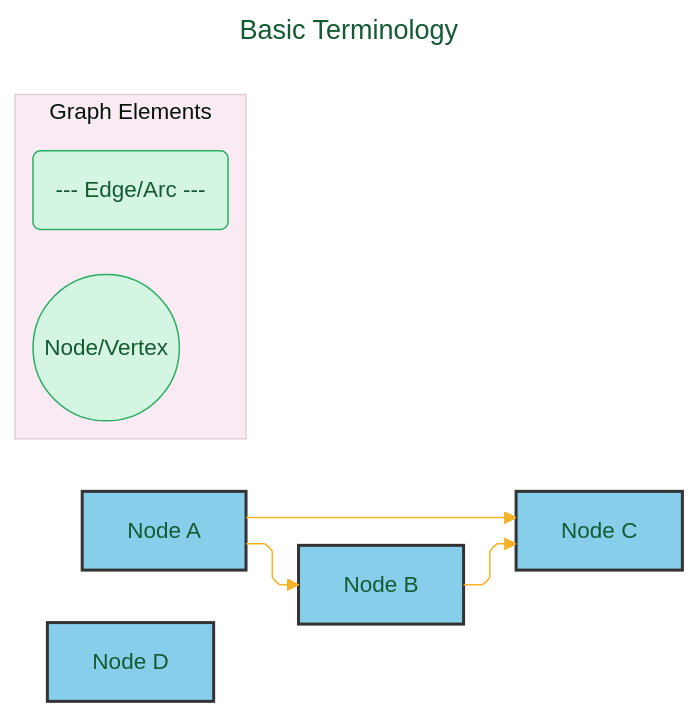
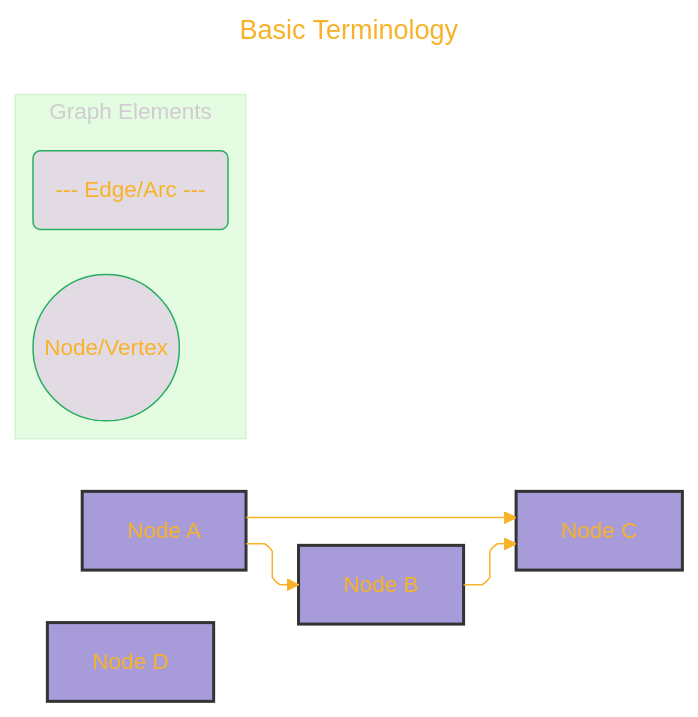
The first of 2 diagrams in regions/DOT_language/landmarks_and_concepts/01_Intro_to_Graphs.md (CongLeSolutionX/The-Language-Atlas), drawn with Mermaid before and after one commit. The commit also changed 10 other files, not shown here.

````diff
--- a/regions/DOT_language/landmarks_and_concepts/01_Intro_to_Graphs.md
+++ b/regions/DOT_language/landmarks_and_concepts/01_Intro_to_Graphs.md
@@ -24,48 +24,48 @@
 ```mermaid
 ---
 title: "Basic Terminology"
 author: "Cong Le"
 version: "1.0"
 license(s): "MIT, CC BY 4.0"
 copyright: "Copyright (c) 2025 Cong Le. All Rights Reserved."
 config:
   layout: elk
   theme: base
 ---
 %%%%%%%% Mermaid version v11.4.1-b.14
 %%%%%%%% Available curve styles include the following keywords:
 %% basis, bumpX, bumpY, cardinal, catmullRom, linear, monotoneX, monotoneY, natural, step, stepAfter, stepBefore.
 %%{
   init: {
     'flowchart': { 'htmlLabels': true, 'curve': 'linear' },
     'fontFamily': 'Monaco',
     'themeVariables': {
-      'primaryColor': '#D5F5E3',
-      'primaryTextColor': '#145A32',
+      'primaryColor': '#D5E3',
+      'primaryTextColor': '#F8B229',
       'lineColor': '#F8B229',
       'primaryBorderColor': '#27AE60',
       'secondaryColor': '#EBDEF0',
       'secondaryTextColor': '#6C3483',
       'secondaryBorderColor': '#A569BD',
       'fontSize': '15px'
     }
   }
 }%%
 graph LR
     A["Node A"] --> B["Node B"]
     B --> C["Node C"]
     A --> C
     D["Node D"]
 
     subgraph Graph_Elements["Graph Elements"]
     direction LR
         N(("Node/Vertex"))
         E("--- Edge/Arc ---")
     end
 
-    style A fill:#87CEEB,stroke:#333,stroke-width:2px
-    style B fill:#87CEEB,stroke:#333,stroke-width:2px
-    style C fill:#87CEEB,stroke:#333,stroke-width:2px
-    style D fill:#87CEEB,stroke:#333,stroke-width:2px
+    style A fill:#87CB,stroke:#333,stroke-width:2px
+    style B fill:#87CB,stroke:#333,stroke-width:2px
+    style C fill:#87CB,stroke:#333,stroke-width:2px
+    style D fill:#87CB,stroke:#333,stroke-width:2px
     
 ```
````
